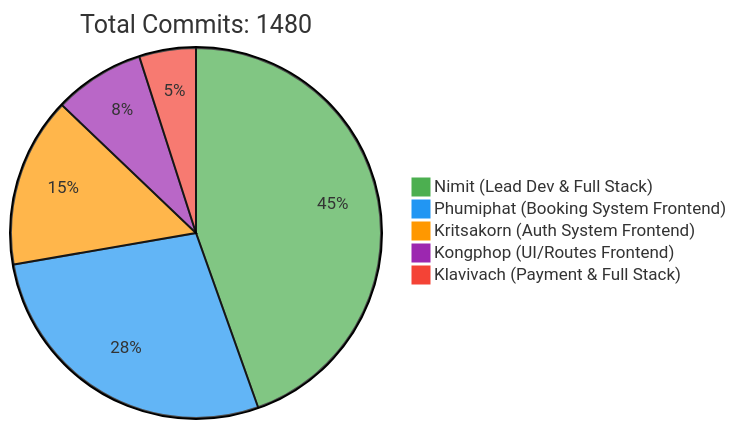
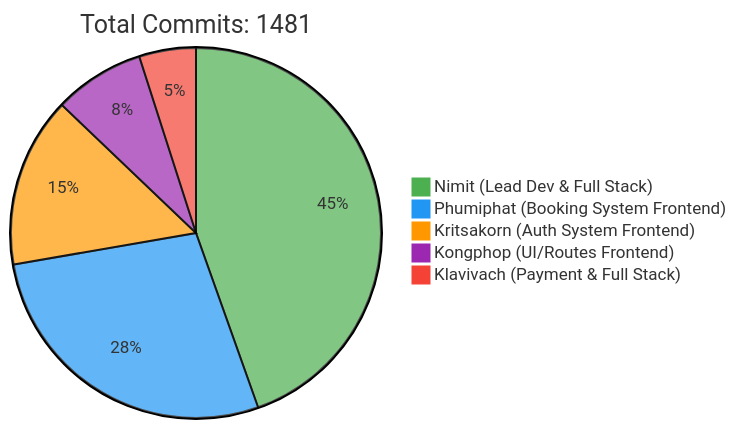
One commit to 6531503042/Sport-Complex changed the first of 2 diagrams in README.md. Above: the diagram before and after it, drawn with Mermaid. The commit also changed other lines of this file, not shown here.

Commit message:
docs: Update contributor statistics [skip ci]

````diff
--- a/README.md
+++ b/README.md
@@ -257,10 +257,10 @@
 ```mermaid
 %%{init: {'theme': 'base', 'themeVariables': { 'pie1': '#4CAF50', 'pie2': '#2196F3', 'pie3': '#FF9800', 'pie4': '#9C27B0', 'pie5': '#F44336'}}}%%
 pie
-    title Total Commits: 1480
+    title Total Commits: 1481
     "Nimit (Lead Dev & Full Stack)" : 450
     "Phumiphat (Booking System Frontend)" : 280
     "Kritsakorn (Auth System Frontend)" : 150
     "Kongphop (UI/Routes Frontend)" : 80
     "Klavivach (Payment & Full Stack)" : 50
 ```
````
